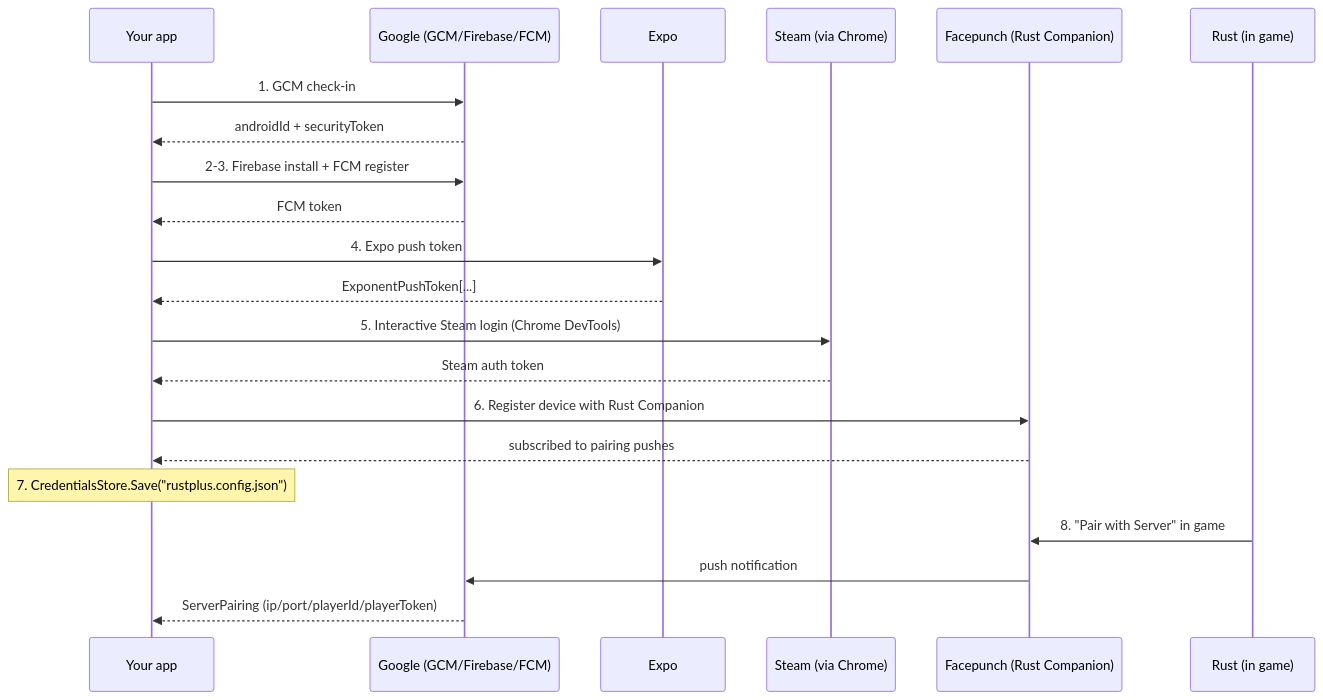
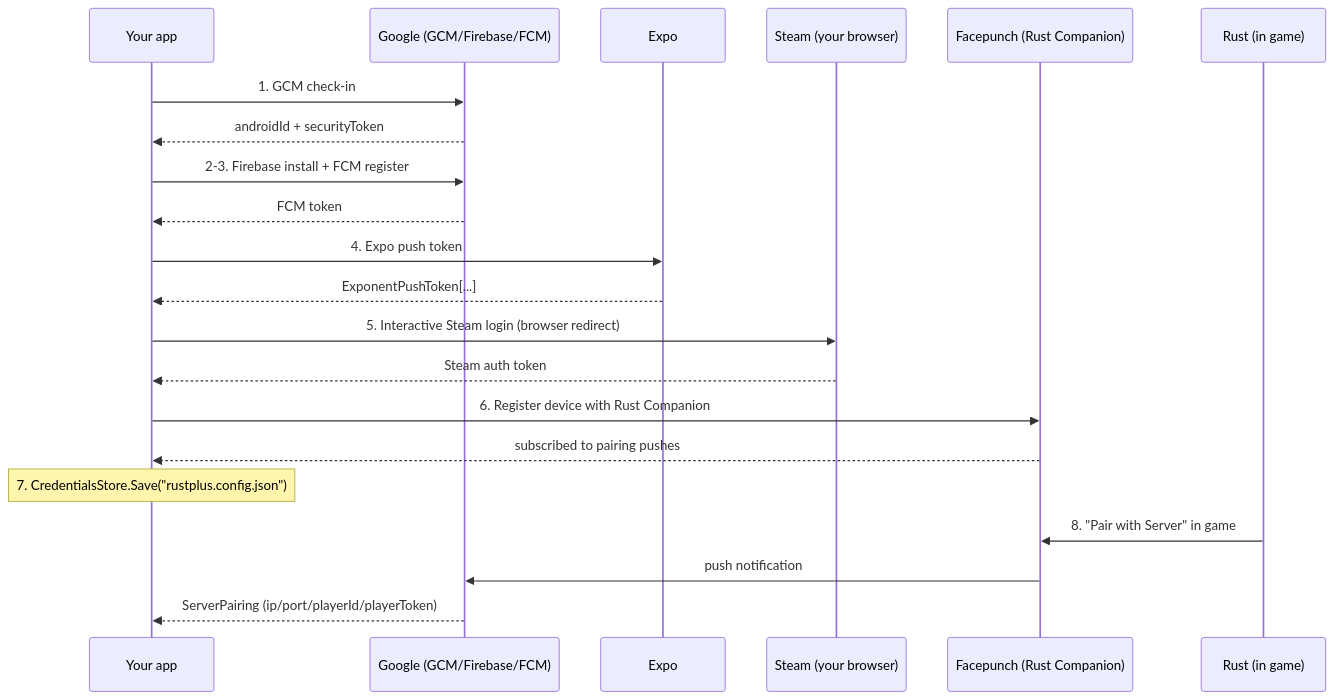
Before and after one commit to HandyS11/RustPlusApi: the diagram in docs/articles/credentials.md, drawn with Mermaid. The commit also changed other lines of this file and 9 other files, not shown here.

First line of the commit message:
docs: drop the Chrome requirement from the credential flow

````diff
--- a/docs/articles/credentials.md
+++ b/docs/articles/credentials.md
@@ -15,24 +15,24 @@
 ```mermaid
 sequenceDiagram
     participant App as Your app
     participant G as Google (GCM/Firebase/FCM)
     participant E as Expo
-    participant St as Steam (via Chrome)
+    participant St as Steam (your browser)
     participant FP as Facepunch (Rust Companion)
     participant Game as Rust (in game)
 
     App->>G: 1. GCM check-in
     G-->>App: androidId + securityToken
     App->>G: 2-3. Firebase install + FCM register
     G-->>App: FCM token
     App->>E: 4. Expo push token
     E-->>App: ExponentPushToken[...]
-    App->>St: 5. Interactive Steam login (Chrome DevTools)
+    App->>St: 5. Interactive Steam login (browser redirect)
     St-->>App: Steam auth token
     App->>FP: 6. Register device with Rust Companion
     FP-->>App: subscribed to pairing pushes
     Note over App: 7. CredentialsStore.Save("rustplus.config.json")
     Game->>FP: 8. "Pair with Server" in game
     FP->>G: push notification
     G-->>App: ServerPairing (ip/port/playerId/playerToken)
 ```
````
